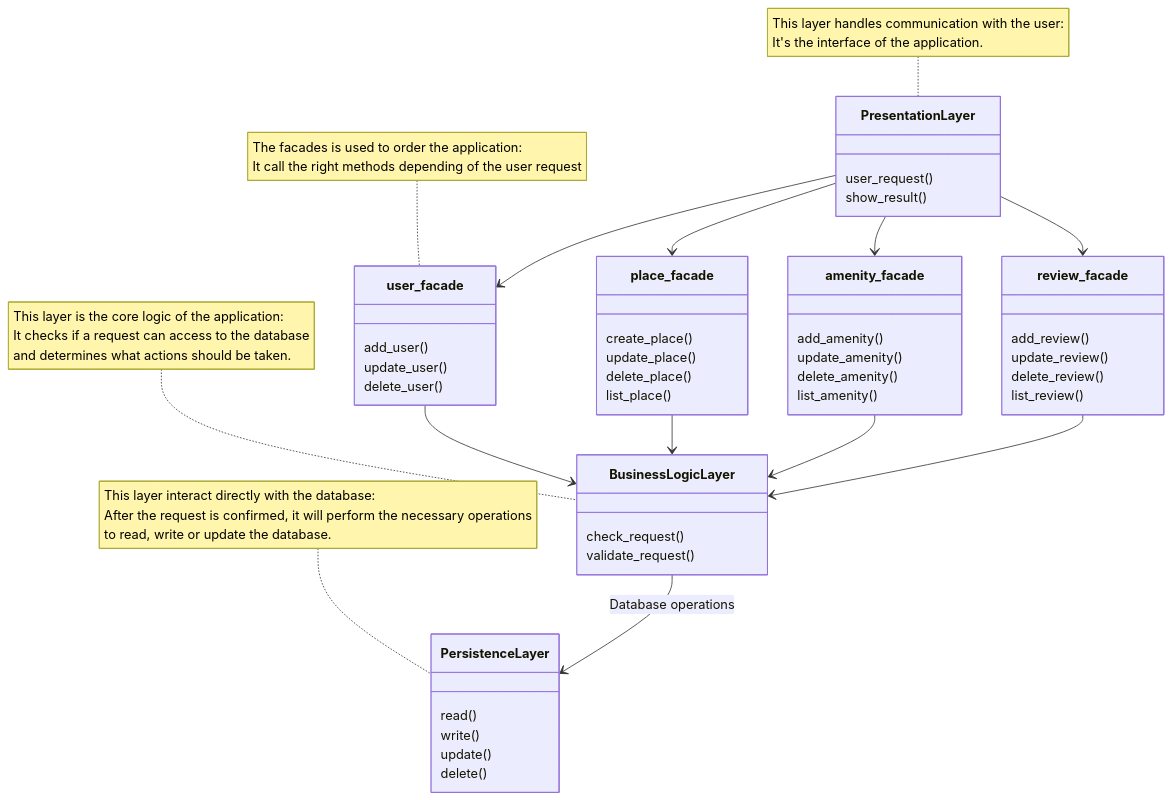
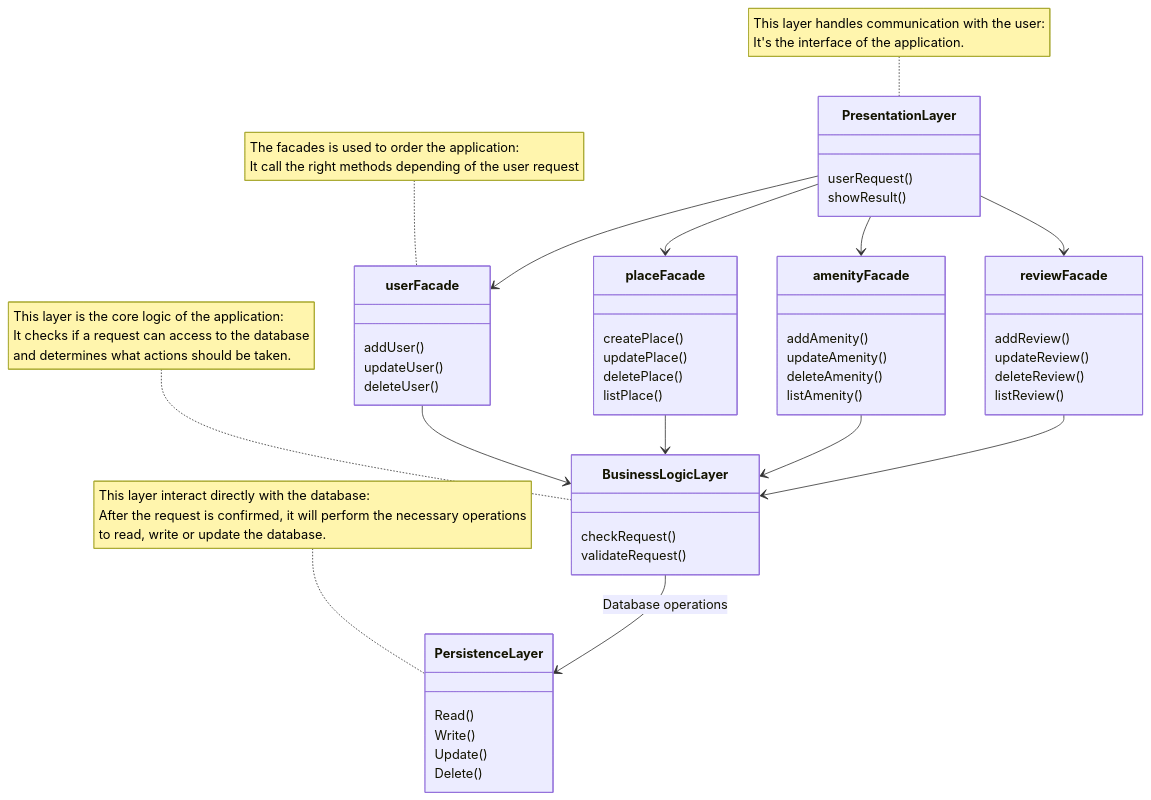
The diagram in part1/High-Level_Package_Diagram.mermaid (EnzoMessaoudi/holbertonschool-hbnb), drawn with Mermaid before and after one commit.

Commit message:
Change names to be more explicit

```diff
--- a/part1/High-Level_Package_Diagram.mermaid
+++ b/part1/High-Level_Package_Diagram.mermaid
@@ -1,66 +1,66 @@
 classDiagram
 
 class PresentationLayer {
-    user_request()
-    show_result()
+    userRequest()
+    showResult()
 }
 
-class user_facade {
-    add_user()
-    update_user()
-    delete_user()
+class userFacade {
+    addUser()
+    updateUser()
+    deleteUser()
 }
-class place_facade{
-    create_place()
-    update_place()
-    delete_place()
-    list_place()
+class placeFacade{
+    createPlace()
+    updatePlace()
+    deletePlace()
+    listPlace()
 }
-class review_facade{
-    add_review()
-    update_review()
-    delete_review()
-    list_review()
+class reviewFacade{
+    addReview()
+    updateReview()
+    deleteReview()
+    listReview()
 }
-class amenity_facade{
-    add_amenity()
-    update_amenity()
-    delete_amenity()
-    list_amenity()
+class amenityFacade{
+    addAmenity()
+    updateAmenity()
+    deleteAmenity()
+    listAmenity()
 }
 
 class BusinessLogicLayer {
-    check_request()
-    validate_request()
+    checkRequest()
+    validateRequest()
 }
 
 class PersistenceLayer {
-    read()
-    write()
-    update()
-    delete()
+    Read()
+    Write()
+    Update()
+    Delete()
 }
 
-PresentationLayer --> user_facade
-PresentationLayer --> place_facade
-PresentationLayer --> amenity_facade
-PresentationLayer --> review_facade
-user_facade --> BusinessLogicLayer
-place_facade --> BusinessLogicLayer
-amenity_facade --> BusinessLogicLayer
-review_facade --> BusinessLogicLayer
+PresentationLayer --> userFacade
+PresentationLayer --> placeFacade
+PresentationLayer --> amenityFacade
+PresentationLayer --> reviewFacade
+userFacade --> BusinessLogicLayer
+placeFacade --> BusinessLogicLayer
+amenityFacade --> BusinessLogicLayer
+reviewFacade --> BusinessLogicLayer
 BusinessLogicLayer --> PersistenceLayer : Database operations
 
 note for PresentationLayer "This layer handles communication with the user:
 It's the interface of the application."
 
 note for BusinessLogicLayer "This layer is the core logic of the application:
     It checks if a request can access to the database
     and determines what actions should be taken."
 
 note for PersistenceLayer "This layer interact directly with the database:
     After the request is confirmed, it will perform the necessary operations
     to read, write or update the database."
 
-note for user_facade "The facades is used to order the application:
+note for userFacade "The facades is used to order the application:
 It call the right methods depending of the user request"
```
